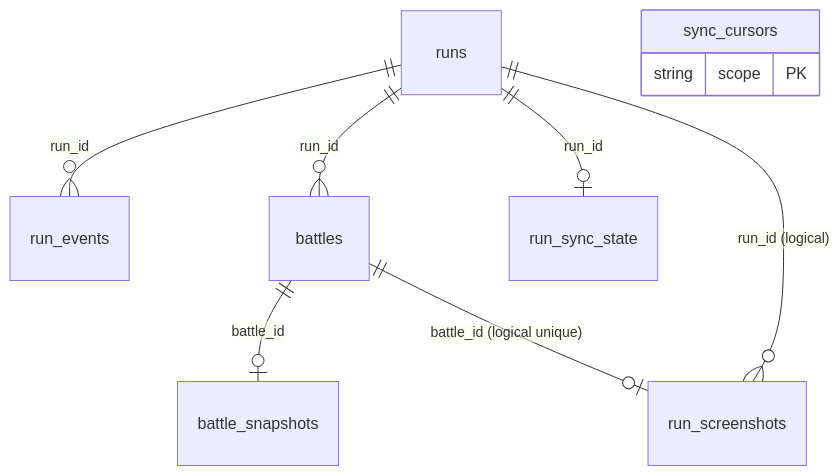
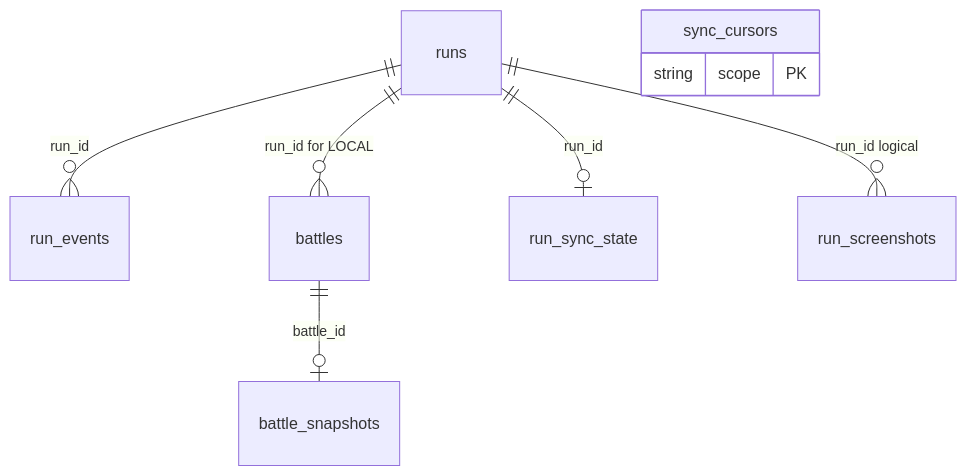
One commit to BazaarPlusPlus/bazaarplusplus-mod changed the diagram in docs/reference/sqlite-schema-reference.md. Above: the diagram before and after it, drawn with Mermaid. The commit also changed other lines of this file and 36 other files, not shown here.

````diff
--- a/docs/reference/sqlite-schema-reference.md
+++ b/docs/reference/sqlite-schema-reference.md
@@ -65,12 +43,11 @@
 ```mermaid
 erDiagram
     runs ||--o{ run_events : "run_id"
-    runs ||--o{ battles : "run_id"
+    runs ||--o{ battles : "run_id for LOCAL"
     battles ||--o| battle_snapshots : "battle_id"
     runs ||--o| run_sync_state : "run_id"
-    runs ||--o{ run_screenshots : "run_id (logical)"
-    battles ||--o| run_screenshots : "battle_id (logical unique)"
+    runs ||--o{ run_screenshots : "run_id logical"
     sync_cursors {
         string scope PK
     }
 ```
````
